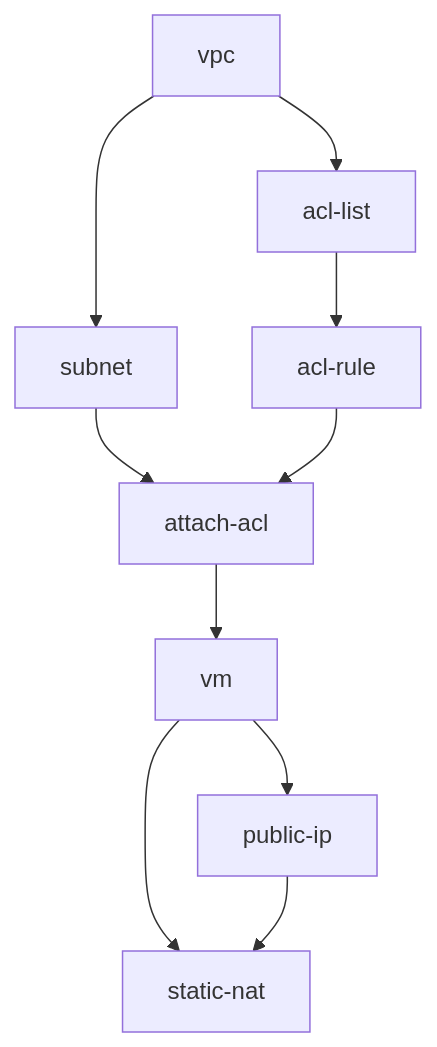
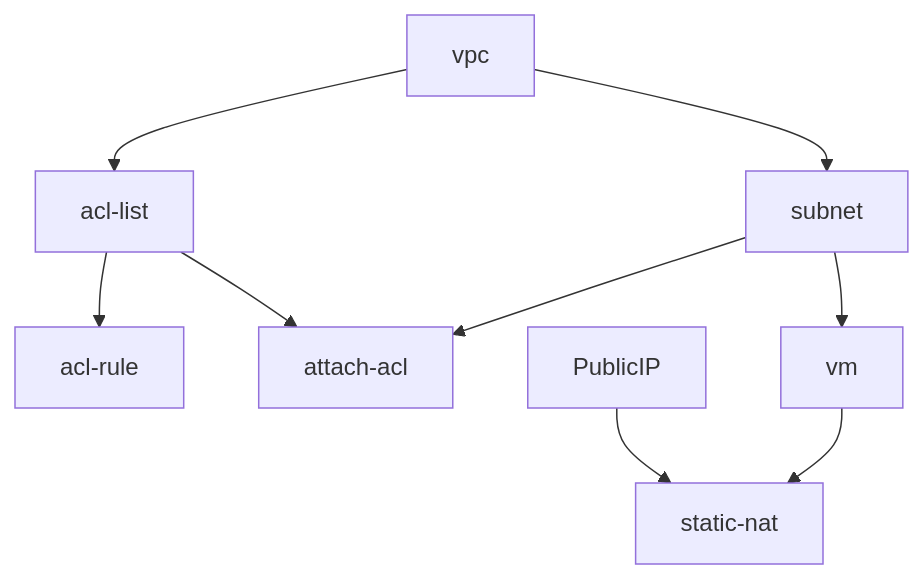
Before and after one commit to oxwazz/wowrack_coding_challenge: the second of 2 diagrams in README.md, drawn with Mermaid. The commit also changed other lines of this file and 6 other files, not shown here.

````diff
--- a/README.md
+++ b/README.md
@@ -71,12 +71,11 @@
 ```mermaid
 flowchart TD
     VPC["vpc"] --> Subnet["subnet"]
     VPC --> ACLList["acl-list"]
     ACLList --> ACLRule["acl-rule"]
     Subnet --> AttachACL["attach-acl"]
-    ACLRule --> AttachACL
-    AttachACL --> VM["vm"]
-    VM --> PublicIP["public-ip"]
+    ACLList --> AttachACL
+    Subnet --> VM["vm"]
     VM --> StaticNAT["static-nat"]
     PublicIP --> StaticNAT
 ```
````
